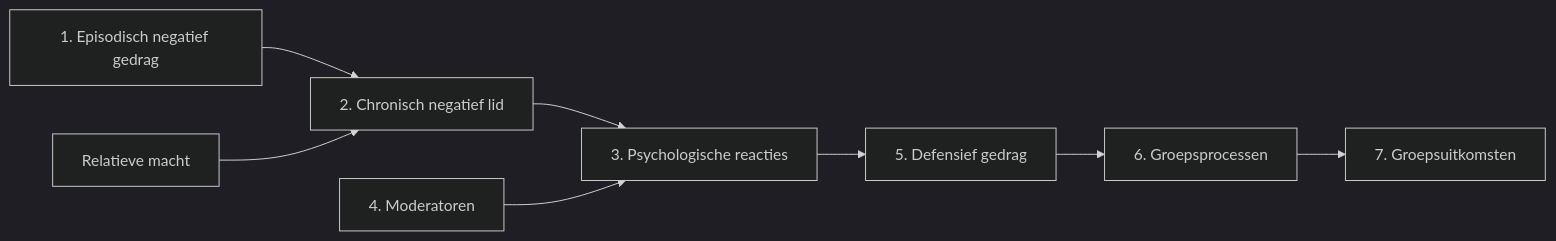
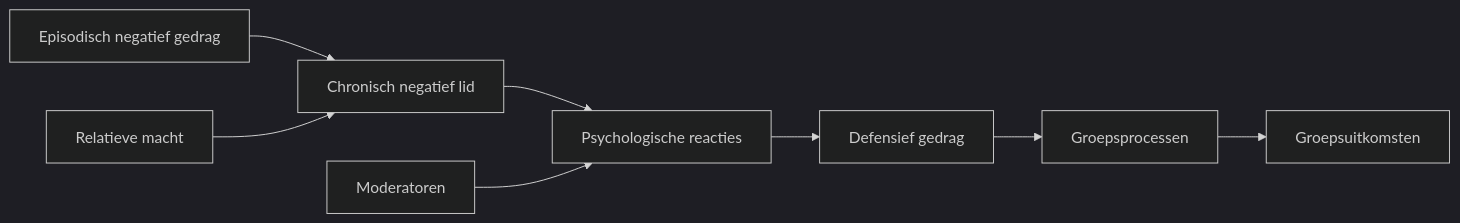
One commit to johantre/ai-value-flow-lab changed the second of 2 diagrams in articles/felps-mitchell-byington-how-when-why-bad-apples-2006.md. Above: the diagram before and after it, drawn with Mermaid (dark theme).

Commit message:
Fix causal model mermaid: remove numbered labels causing markdown list parse error

````diff
--- a/articles/felps-mitchell-byington-how-when-why-bad-apples-2006.md
+++ b/articles/felps-mitchell-byington-how-when-why-bad-apples-2006.md
@@ -81,10 +81,10 @@
 ```mermaid
 graph LR
-    A["1. Episodisch negatief gedrag"] --> B["2. Chronisch negatief lid"]
-    B --> C["3. Psychologische reacties"]
-    C --> D["5. Defensief gedrag"]
-    D --> E["6. Groepsprocessen"]
-    E --> F["7. Groepsuitkomsten"]
-    G["4. Moderatoren"] --> C
-    H["Relatieve macht"] --> B
+    A[Episodisch negatief gedrag] --> B[Chronisch negatief lid]
+    B --> C[Psychologische reacties]
+    C --> D[Defensief gedrag]
+    D --> E[Groepsprocessen]
+    E --> F[Groepsuitkomsten]
+    G[Moderatoren] --> C
+    H[Relatieve macht] --> B
 ```
````
